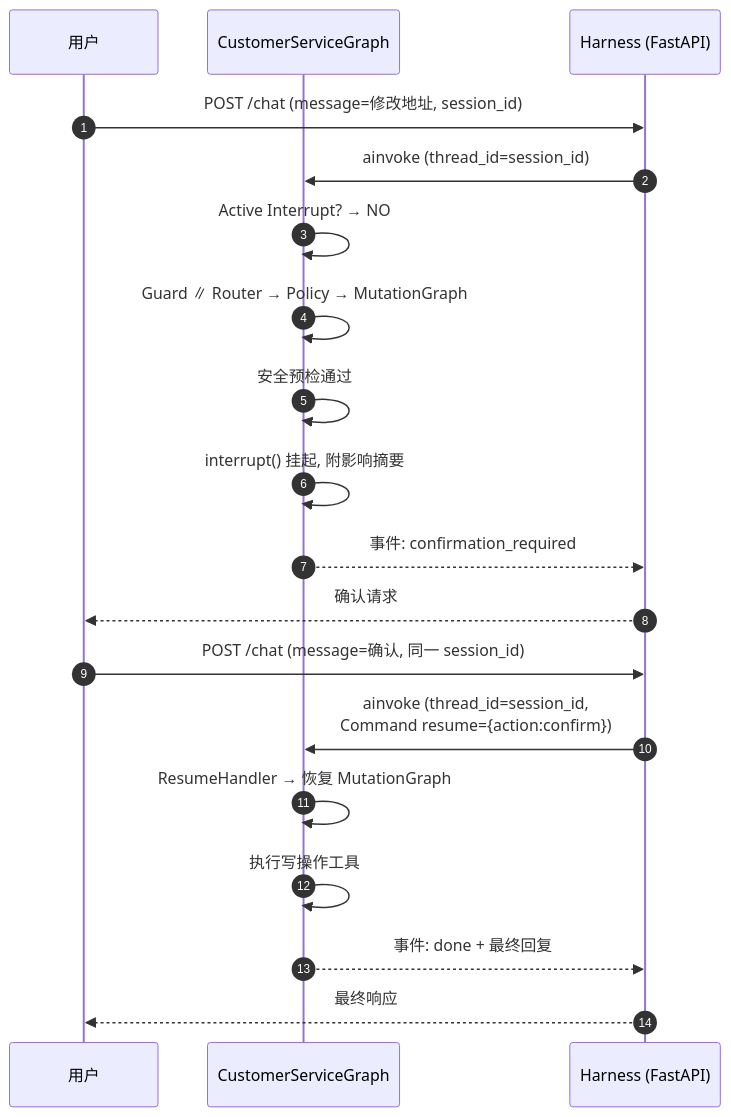
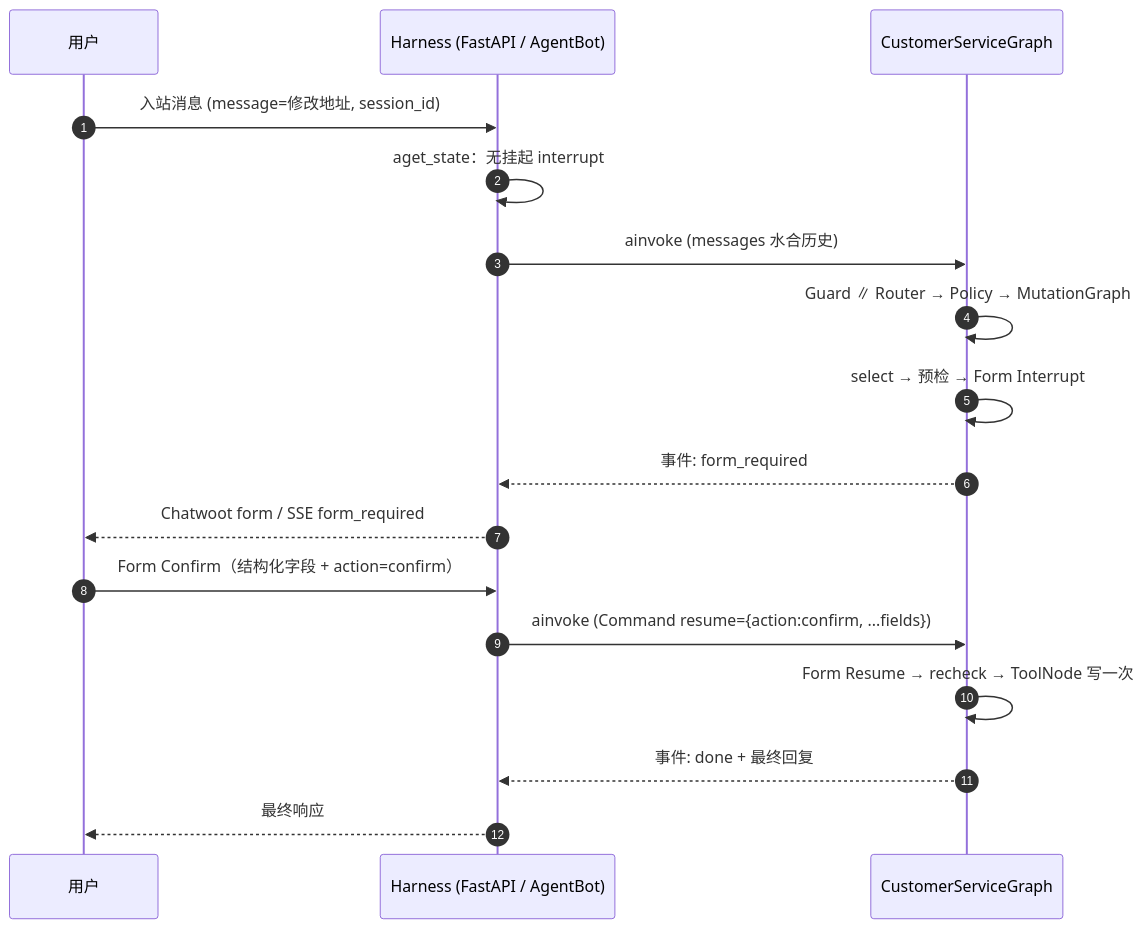
The second of 3 diagrams in AI Service Agent/docs/diagrams/interrupt-resume-sequence.md (wlyqiqi/ai-service-agent), drawn with Mermaid before and after one commit. The commit also changed other lines of this file and 12 other files, not shown here.

First line of the commit message:
docs: align Router specs and diagrams with route_intent-only contract

````diff
--- a/AI Service Agent/docs/diagrams/interrupt-resume-sequence.md
+++ b/AI Service Agent/docs/diagrams/interrupt-resume-sequence.md
@@ -34,23 +34,21 @@
 ```mermaid
 sequenceDiagram
     autonumber
     participant U as 用户
+    participant H as Harness (FastAPI / AgentBot)
     participant G as CustomerServiceGraph
-    participant H as Harness (FastAPI)
 
-    U->>H: POST /chat (message=修改地址, session_id)
-    H->>G: ainvoke (thread_id=session_id)
-    G->>G: Active Interrupt? → NO
+    U->>H: 入站消息 (message=修改地址, session_id)
+    H->>H: aget_state：无挂起 interrupt
+    H->>G: ainvoke (messages 水合历史)
     G->>G: Guard ∥ Router → Policy → MutationGraph
-    G->>G: 安全预检通过
-    G->>G: interrupt() 挂起, 附影响摘要
-    G-->>H: 事件: confirmation_required
-    H-->>U: 确认请求
+    G->>G: select → 预检 → Form Interrupt
+    G-->>H: 事件: form_required
+    H-->>U: Chatwoot form / SSE form_required
 
-    U->>H: POST /chat (message=确认, 同一 session_id)
-    H->>G: ainvoke (thread_id=session_id,<br/>Command resume={action:confirm})
-    G->>G: ResumeHandler → 恢复 MutationGraph
-    G->>G: 执行写操作工具
+    U->>H: Form Confirm（结构化字段 + action=confirm）
+    H->>G: ainvoke (Command resume={action:confirm, ...fields})
+    G->>G: Form Resume → recheck → ToolNode 写一次
     G-->>H: 事件: done + 最终回复
     H-->>U: 最终响应
 ```
````
